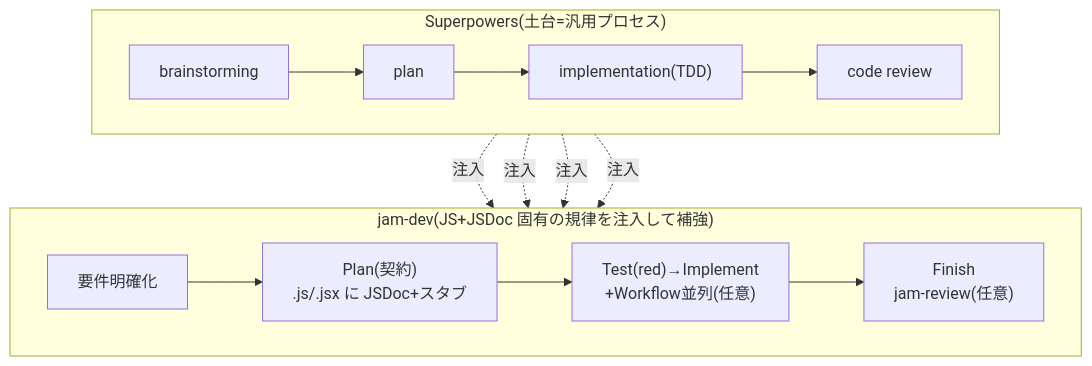
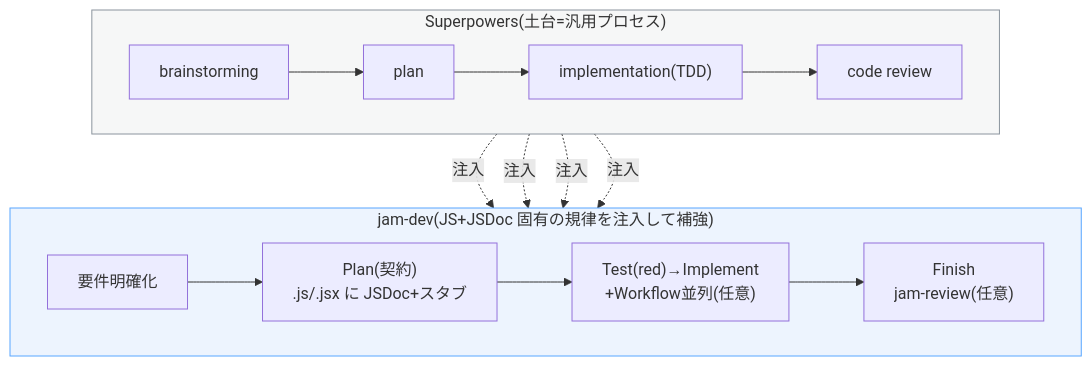
The fourth of 7 diagrams in README.md (eneisyou/jam-dev), drawn with Mermaid before and after one commit. The commit also changed other lines of this file, not shown here.

First line of the commit message:
docs: style mermaid subgraphs for dark-mode rendering on GitHub

````diff
--- a/README.md
+++ b/README.md
@@ -432,15 +441,18 @@
 ```mermaid
 flowchart TB
     subgraph SP["Superpowers(土台=汎用プロセス)"]
       direction LR
       B["brainstorming"] --> PL["plan"] --> IMP["implementation(TDD)"] --> CR["code review"]
     end
     subgraph JAM["jam-dev(JS+JSDoc 固有の規律を注入して補強)"]
       direction LR
       J0["要件明確化"] --> J1["Plan(契約)<br/>.js/.jsx に JSDoc+スタブ"] --> J23["Test(red)→Implement<br/>+Workflow並列(任意)"] --> J5["Finish<br/>jam-review(任意)"]
     end
     B -.->|注入| J0
     PL -.->|注入| J1
     IMP -.->|注入| J23
     CR -.->|注入| J5
+
+    style SP fill:#8b949e14,stroke:#8b949e,stroke-width:1px;
+    style JAM fill:#1f6feb14,stroke:#58a6ff,stroke-width:1px;
 ```
````
